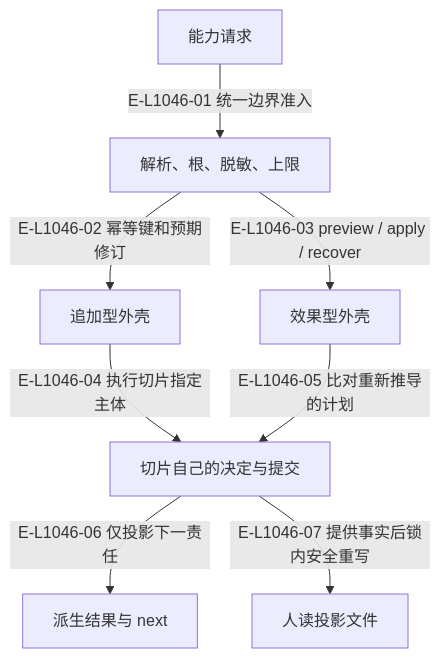
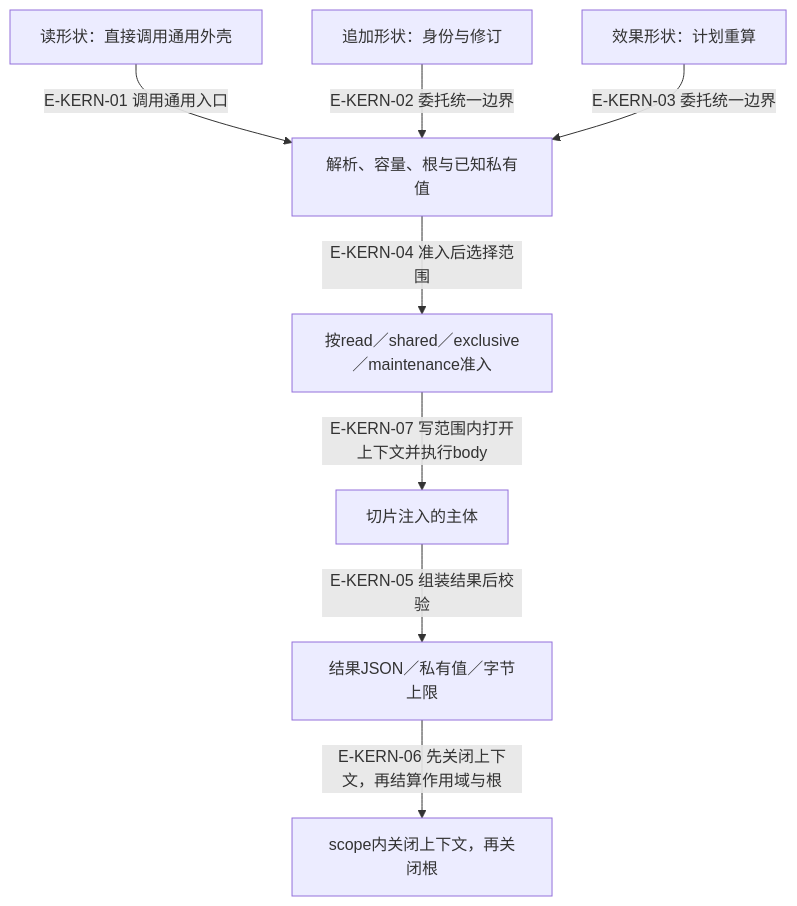
The diagram in wakeflow-architecture-atlas/maps/11-kernel/README.md (GxFn/Wakeflow), drawn with Mermaid before and after one commit. The commit also changed other lines of this file and 76 other files, not shown here.

First line of the commit message:
docs(atlas): refresh architecture maps for the rc.5 codebase

````diff
--- a/wakeflow-architecture-atlas/maps/11-kernel/README.md
+++ b/wakeflow-architecture-atlas/maps/11-kernel/README.md
@@ -136,19 +61,20 @@
 ```mermaid
 flowchart TB
-  accTitle: 共同命令外壳与两种变更形状
-  accDescr: 共同命令外壳与两种变更形状；箭头区分当前代码步骤、返回事实与明确的条件。
-  request["能力请求"]
-  shell["解析、根、脱敏、上限"]
-  append["追加型外壳"]
-  effect["效果型外壳"]
-  owner["切片自己的决定与提交"]
-  next["派生结果与 next"]
-  projection["人读投影文件"]
-  request -->|"E-L1046-01 统一边界准入"| shell
-  shell -->|"E-L1046-02 幂等键和预期修订"| append
-  shell -->|"E-L1046-03 preview / apply / recover"| effect
-  append -->|"E-L1046-04 执行切片指定主体"| owner
-  effect -->|"E-L1046-05 比对重新推导的计划"| owner
-  owner -->|"E-L1046-06 仅投影下一责任"| next
-  owner -->|"E-L1046-07 提供事实后锁内安全重写"| projection
+  accTitle: 公共命令的实际调用边界
+  accDescr: 所有三种形状最后进入同一个命令外壳，领域主体在已准入根与私有值边界内执行。
+  read["读形状：直接调用通用外壳"]
+  append["追加形状：身份与修订"]
+  effect["效果形状：计划重算"]
+  shell["解析、容量、根与已知私有值"]
+  scope["按read／shared／exclusive／maintenance准入"]
+  body["切片注入的主体"]
+  result["结果JSON／私有值／字节上限"]
+  close["scope内关闭上下文，再关闭根"]
+  read -->|"E-KERN-01 调用通用入口"| shell
+  append -->|"E-KERN-02 委托统一边界"| shell
+  effect -->|"E-KERN-03 委托统一边界"| shell
+  shell -->|"E-KERN-04 准入后选择范围"| scope
+  scope -->|"E-KERN-07 写范围内打开上下文并执行body"| body
+  body -->|"E-KERN-05 组装结果后校验"| result
+  result -->|"E-KERN-06 先关闭上下文，再结算作用域与根"| close
 ```
````
